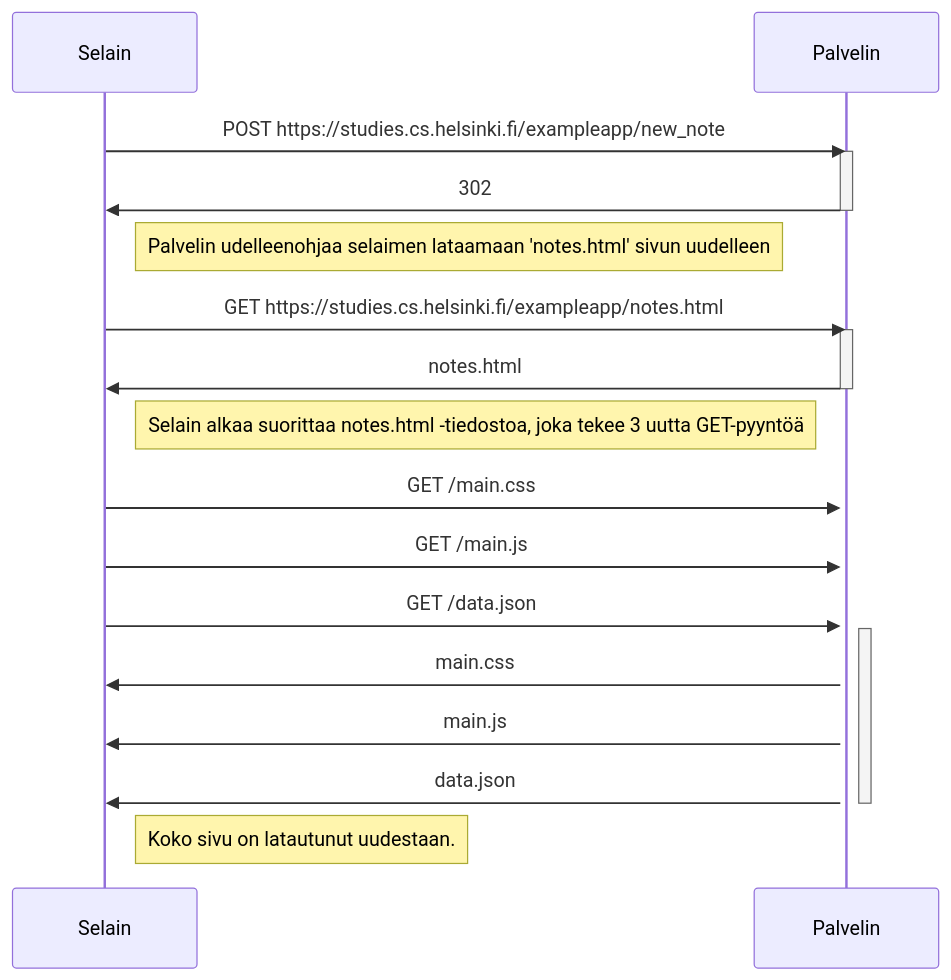
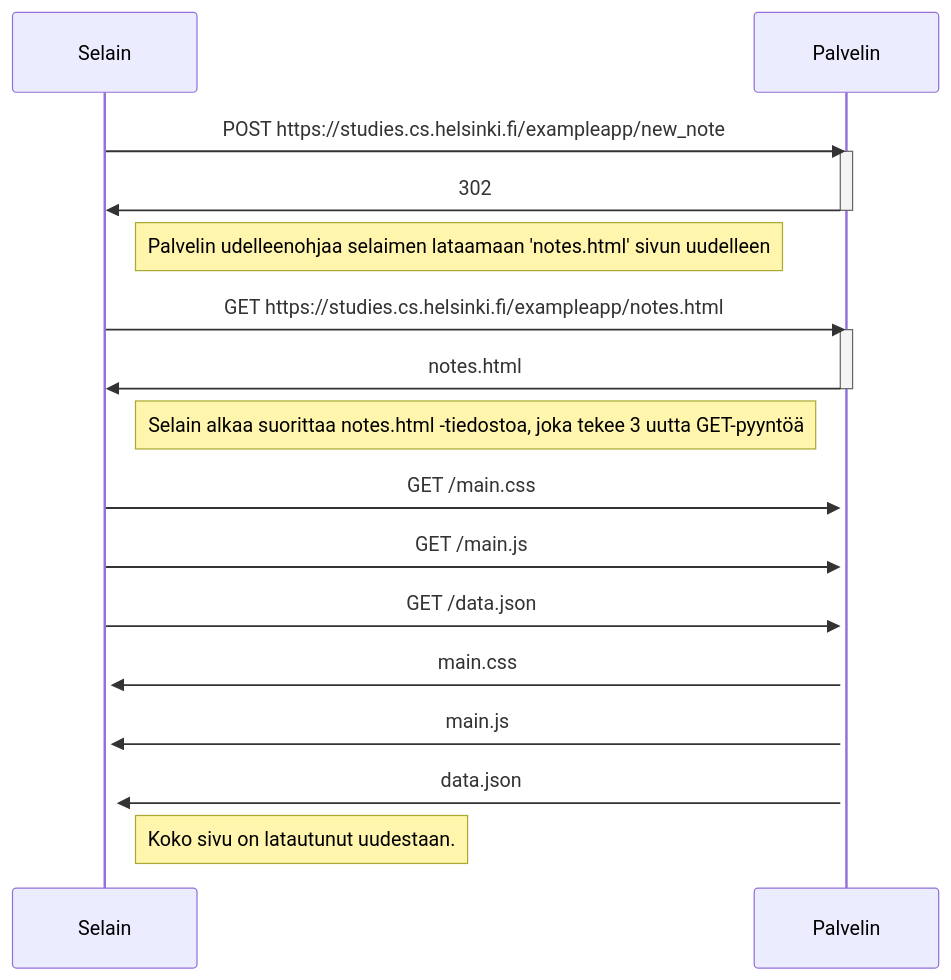
Before and after one commit to PasiParviainen/Fullstackosa0: the diagram in 0.4.md, drawn with Mermaid.

````diff
--- a/0.4.md
+++ b/0.4.md
@@ -1,30 +1,28 @@
 ```mermaid
 sequenceDiagram
   participant Selain
   participant Palvelin
 
   Selain->>Palvelin: POST https://studies.cs.helsinki.fi/exampleapp/new_note
   activate Palvelin
   Palvelin->>Selain: 302
   deactivate Palvelin
 
   Note right of Selain: Palvelin udelleenohjaa selaimen lataamaan 'notes.html' sivun uudelleen
 
   Selain->>Palvelin: GET https://studies.cs.helsinki.fi/exampleapp/notes.html
   activate Palvelin
   Palvelin->>Selain: notes.html
   deactivate Palvelin
 
   Note right of Selain: Selain alkaa suorittaa notes.html -tiedostoa, joka tekee 3 uutta GET-pyyntöä
 
   Selain->>+Palvelin: GET /main.css
-  activate Palvelin
   Selain->>+Palvelin: GET /main.js
   Selain->>+Palvelin: GET /data.json
-  Palvelin->>Selain: main.css
-  Palvelin->>Selain: main.js
-  Palvelin->>Selain: data.json
-  deactivate Palvelin
+  Palvelin->>+Selain: main.css
+  Palvelin->>+Selain: main.js
+  Palvelin->>+Selain: data.json
 
     Note right of Selain: Koko sivu on latautunut uudestaan.
 ```
````
